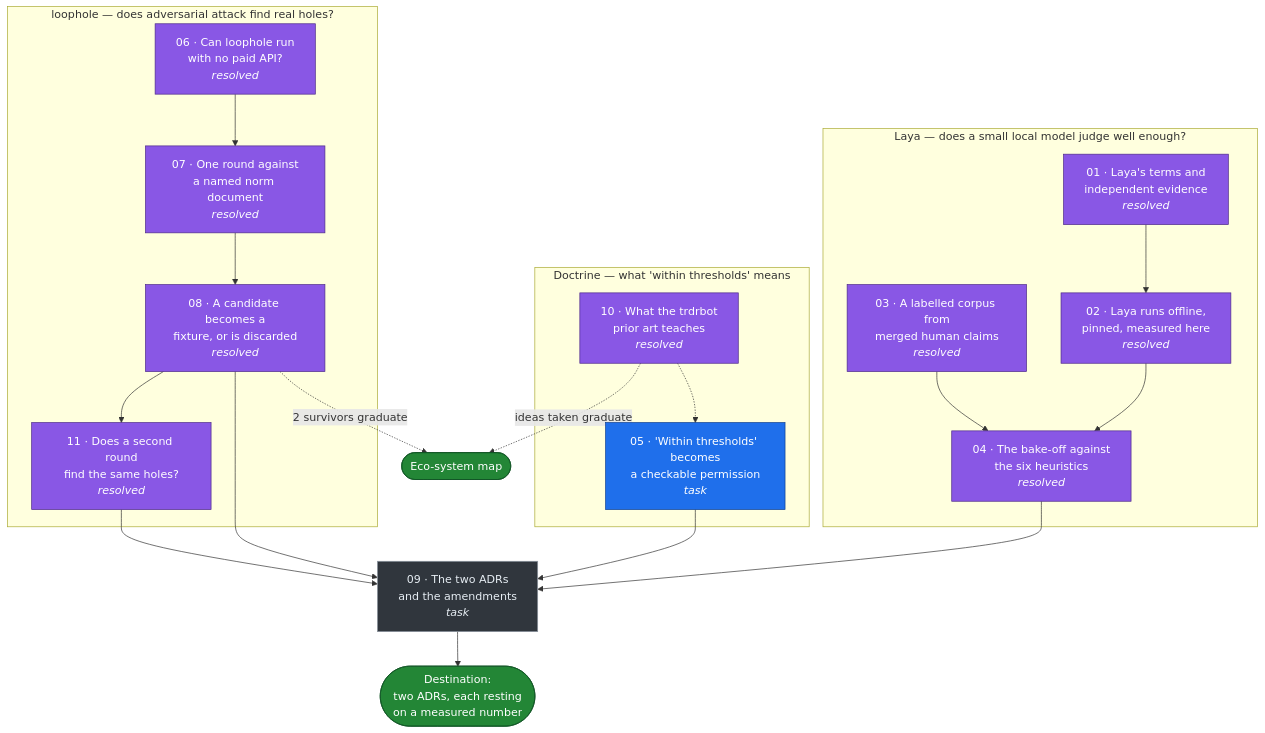
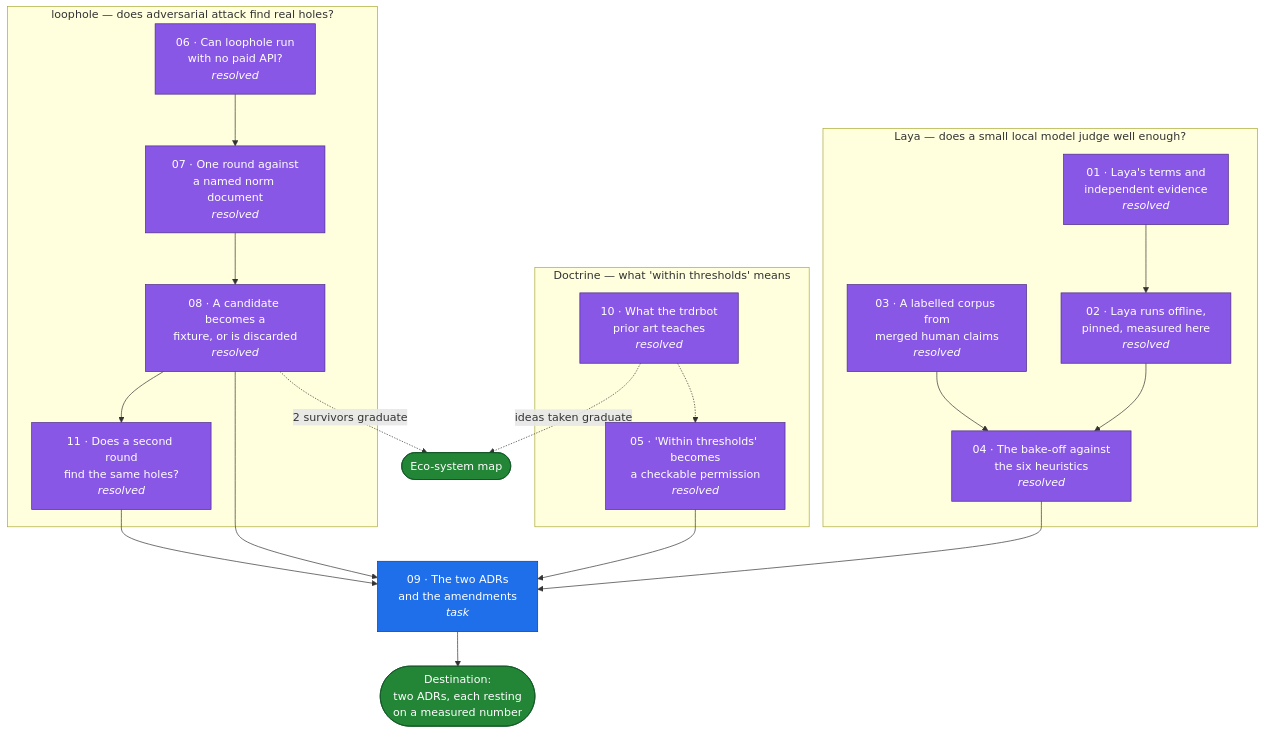
The diagram in .scratch/laya-loophole/map.md (policy-as-versioned-flux/policy-as-versioned-flux), drawn with Mermaid before and after one commit. The commit also changed other lines of this file and 12 other files, not shown here.

````diff
--- a/.scratch/laya-loophole/map.md
+++ b/.scratch/laya-loophole/map.md
@@ -364,43 +411,42 @@
 ```mermaid
 flowchart TD
     subgraph laya["Laya — does a small local model judge well enough?"]
         T01["01 · Laya's terms and<br/>independent evidence<br/><i>resolved</i>"]
         T02["02 · Laya runs offline,<br/>pinned, measured here<br/><i>resolved</i>"]
         T03["03 · A labelled corpus from<br/>merged human claims<br/><i>resolved</i>"]
         T04["04 · The bake-off against<br/>the six heuristics<br/><i>resolved</i>"]
         T01 --> T02 --> T04
         T03 --> T04
     end
 
     subgraph doctrine["Doctrine — what 'within thresholds' means"]
         T10["10 · What the trdrbot<br/>prior art teaches<br/><i>resolved</i>"]
-        T05["05 · 'Within thresholds' becomes<br/>a checkable permission<br/><i>task</i>"]
+        T05["05 · 'Within thresholds' becomes<br/>a checkable permission<br/><i>resolved</i>"]
         T10 -.-> T05
     end
 
     subgraph loophole["loophole — does adversarial attack find real holes?"]
         T06["06 · Can loophole run<br/>with no paid API?<br/><i>resolved</i>"]
         T07["07 · One round against<br/>a named norm document<br/><i>resolved</i>"]
         T08["08 · A candidate becomes a<br/>fixture, or is discarded<br/><i>resolved</i>"]
         T11["11 · Does a second round<br/>find the same holes?<br/><i>resolved</i>"]
         T06 --> T07 --> T08 --> T11
     end
 
     T09["09 · The two ADRs<br/>and the amendments<br/><i>task</i>"]
     T04 --> T09
     T05 --> T09
     T08 --> T09
     T11 --> T09
     T09 --> DEST(["Destination:<br/>two ADRs, each resting<br/>on a measured number"])
     T10 -. "ideas taken graduate" .-> ECO(["Eco-system map"])
     T08 -. "2 survivors graduate" .-> ECO
 
     classDef frontier fill:#1f6feb,stroke:#0b3d91,color:#fff
     classDef blocked fill:#30363d,stroke:#8b949e,color:#e6edf3
     classDef done fill:#8957e5,stroke:#4c2889,color:#fff
     classDef dest fill:#238636,stroke:#0f5323,color:#fff
-    class T05 frontier
-    class T09 blocked
-    class T01,T02,T03,T04,T06,T07,T08,T10,T11 done
+    class T09 frontier
+    class T01,T02,T03,T04,T05,T06,T07,T08,T10,T11 done
     class DEST,ECO dest
 ```
````
